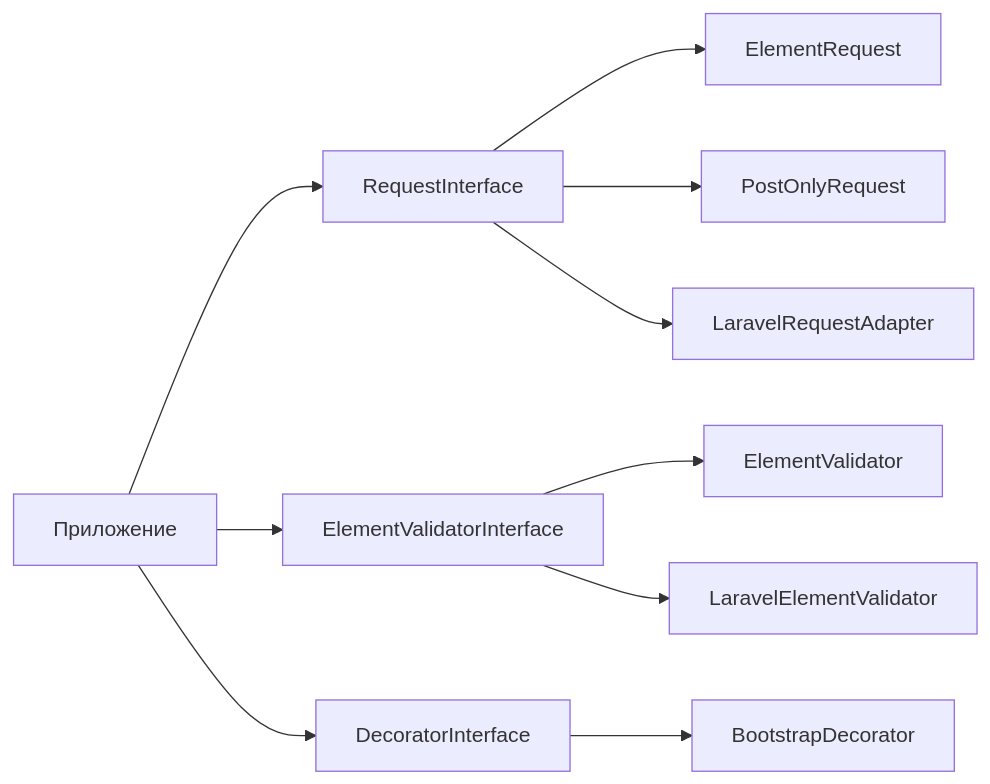
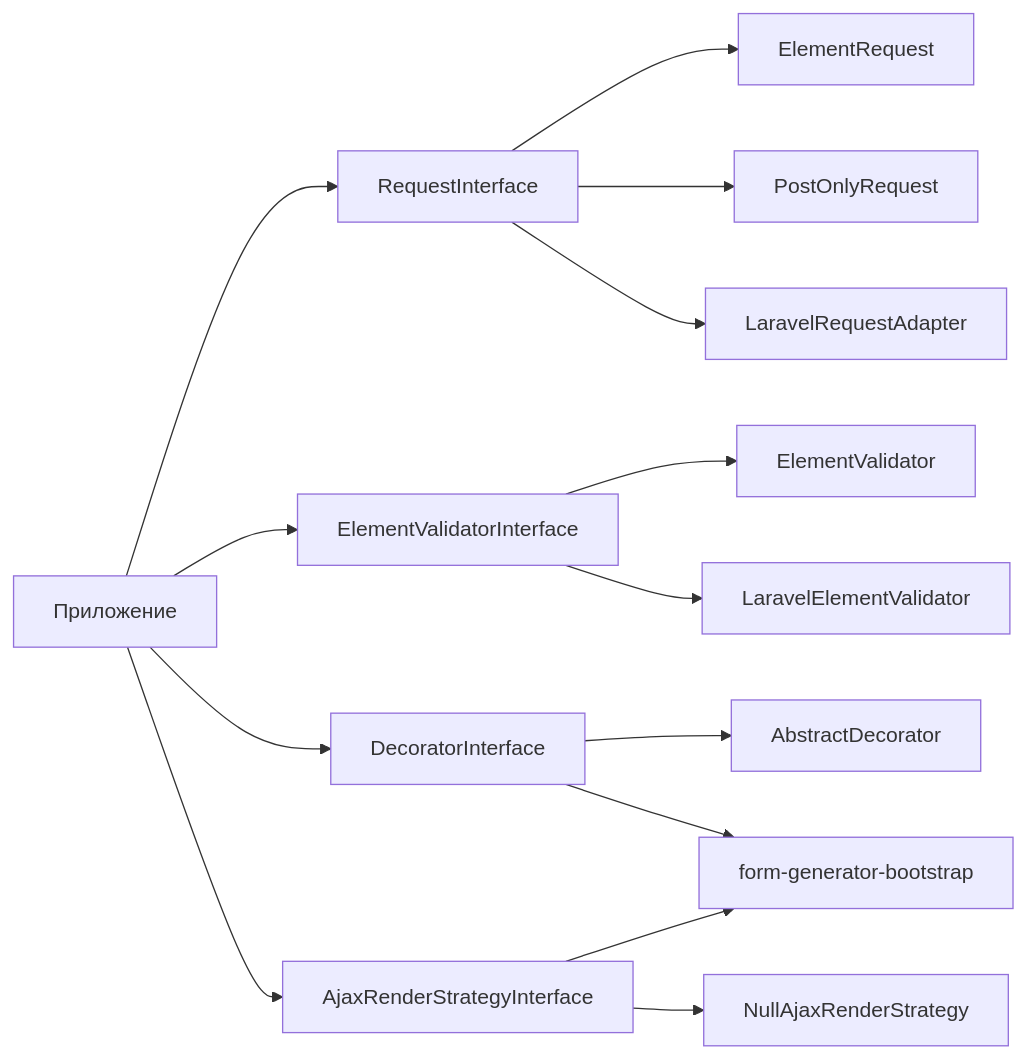
Before and after one commit to kavalhub/form-generator: the diagram in README.md, drawn with Mermaid. The commit also changed other lines of this file and 84 other files, not shown here.

Commit message:
Bootstrap-декоратор вынесен в отдельный пакет; AJAX-слой больше не зависит от конкретной темы.

````diff
--- a/README.md
+++ b/README.md
@@ -61,12 +65,16 @@
 ```mermaid
 flowchart LR
     App[Приложение] --> RequestInterface
     App --> ElementValidatorInterface
     App --> DecoratorInterface
+    App --> AjaxRenderStrategyInterface
     RequestInterface --> ElementRequest
     RequestInterface --> PostOnlyRequest
     RequestInterface --> LaravelRequestAdapter
     ElementValidatorInterface --> ElementValidator
     ElementValidatorInterface --> LaravelElementValidator
-    DecoratorInterface --> BootstrapDecorator
+    DecoratorInterface --> AbstractDecorator
+    AjaxRenderStrategyInterface --> NullAjaxRenderStrategy
+    DecoratorInterface --> BootstrapPackage[form-generator-bootstrap]
+    AjaxRenderStrategyInterface --> BootstrapPackage
 ```
````
